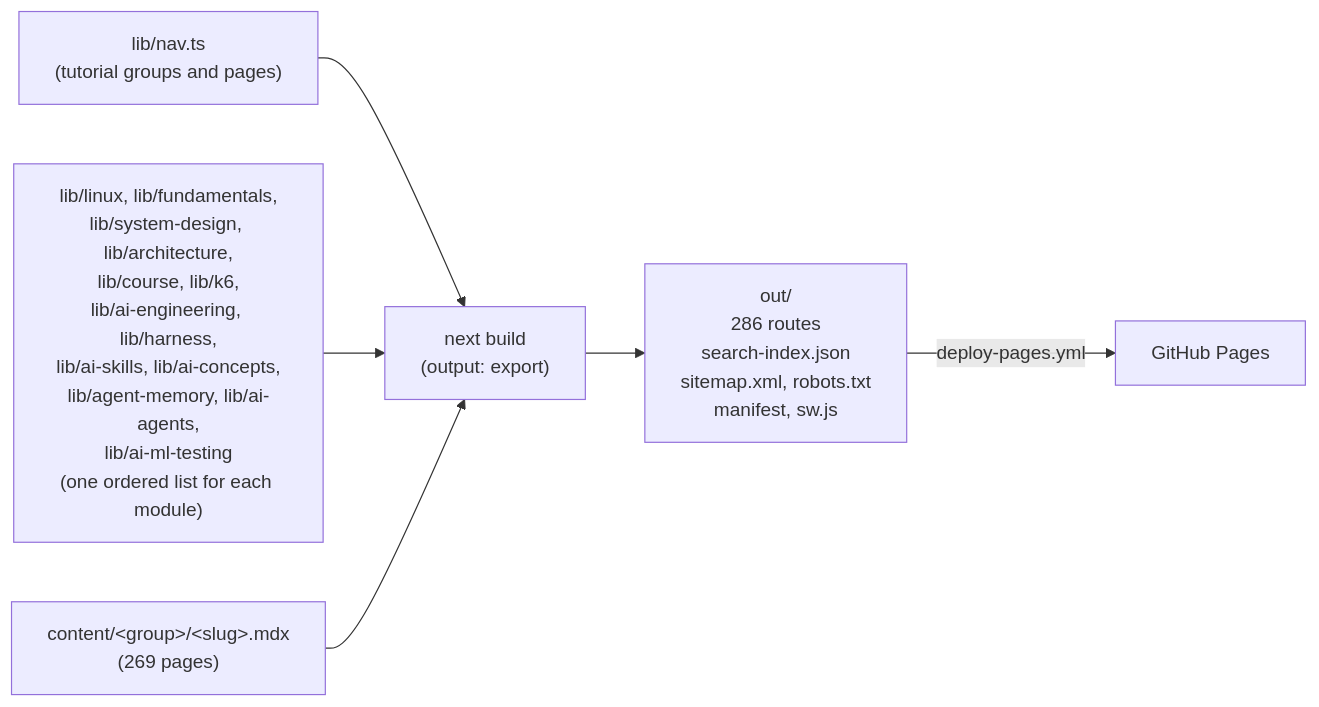
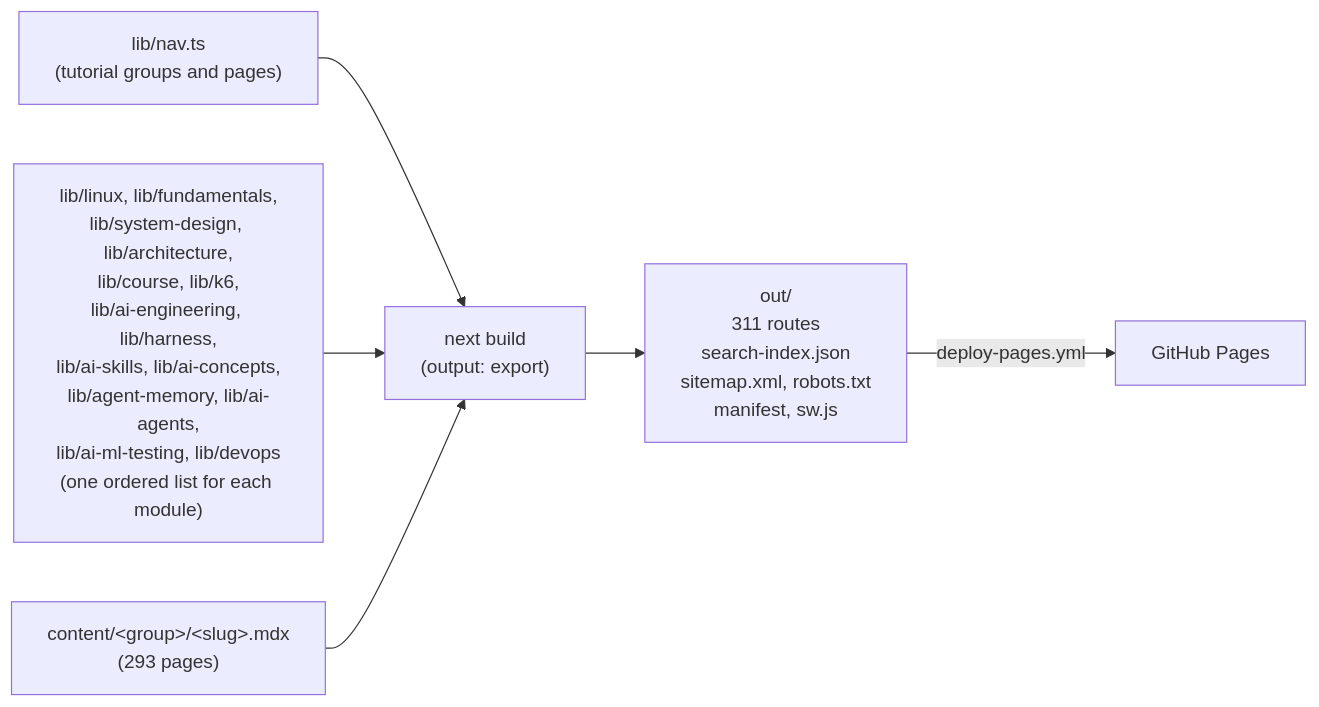
Before and after one commit to kawsar-95/ai-testing-guide: the diagram in docs/ARCHITECTURE.md, drawn with Mermaid. The commit also changed other lines of this file and 144 other files, not shown here.

````diff
--- a/docs/ARCHITECTURE.md
+++ b/docs/ARCHITECTURE.md
@@ -9,15 +9,15 @@
 ```mermaid
 flowchart LR
   nav["lib/nav.ts<br/>(tutorial groups and pages)"]
-  mods["lib/linux, lib/fundamentals,<br/>lib/system-design, lib/architecture,<br/>lib/course, lib/k6,<br/>lib/ai-engineering, lib/harness,<br/>lib/ai-skills, lib/ai-concepts,<br/>lib/agent-memory, lib/ai-agents,<br/>lib/ai-ml-testing<br/>(one ordered list for each module)"]
-  mdx["content/&lt;group&gt;/&lt;slug&gt;.mdx<br/>(269 pages)"]
+  mods["lib/linux, lib/fundamentals,<br/>lib/system-design, lib/architecture,<br/>lib/course, lib/k6,<br/>lib/ai-engineering, lib/harness,<br/>lib/ai-skills, lib/ai-concepts,<br/>lib/agent-memory, lib/ai-agents,<br/>lib/ai-ml-testing, lib/devops<br/>(one ordered list for each module)"]
+  mdx["content/&lt;group&gt;/&lt;slug&gt;.mdx<br/>(293 pages)"]
   build["next build<br/>(output: export)"]
-  out["out/<br/>286 routes<br/>search-index.json<br/>sitemap.xml, robots.txt<br/>manifest, sw.js"]
+  out["out/<br/>311 routes<br/>search-index.json<br/>sitemap.xml, robots.txt<br/>manifest, sw.js"]
   pages["GitHub Pages"]
 
   nav --> build
   mods --> build
   mdx --> build
   build --> out
   out -->|deploy-pages.yml| pages
 ```
````
